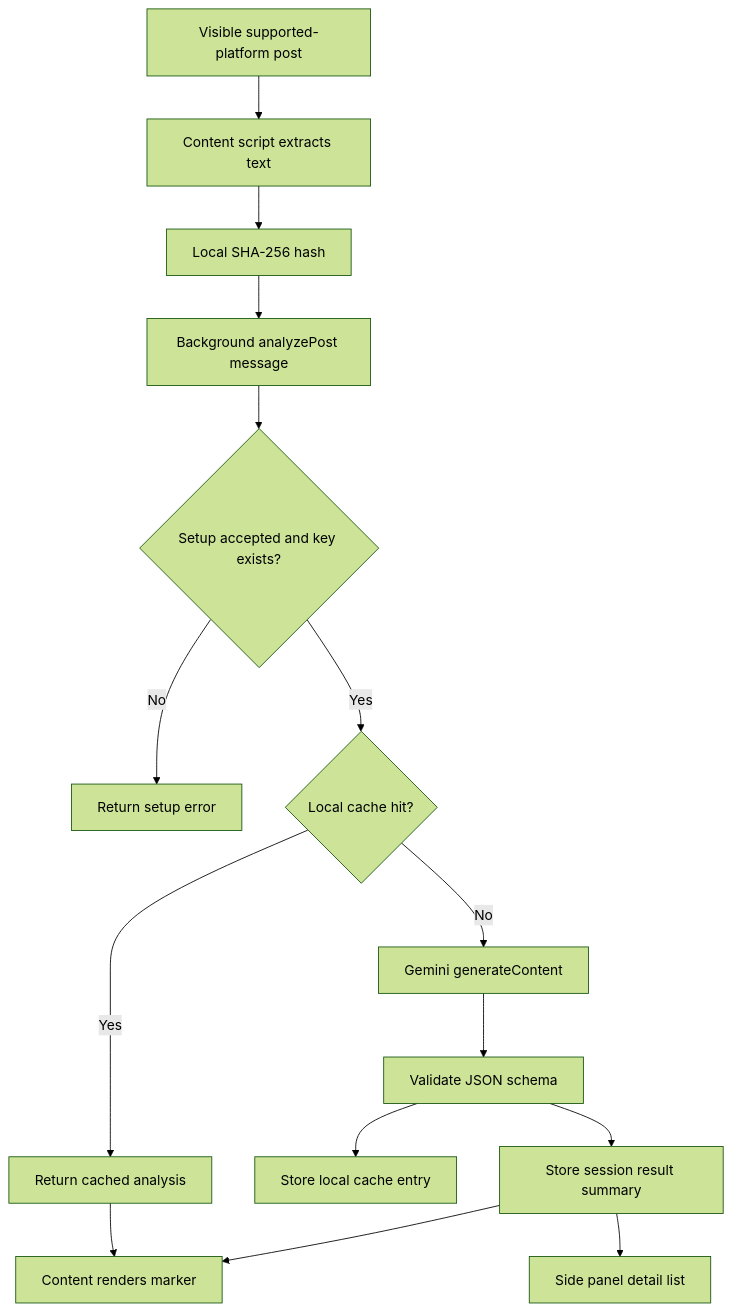
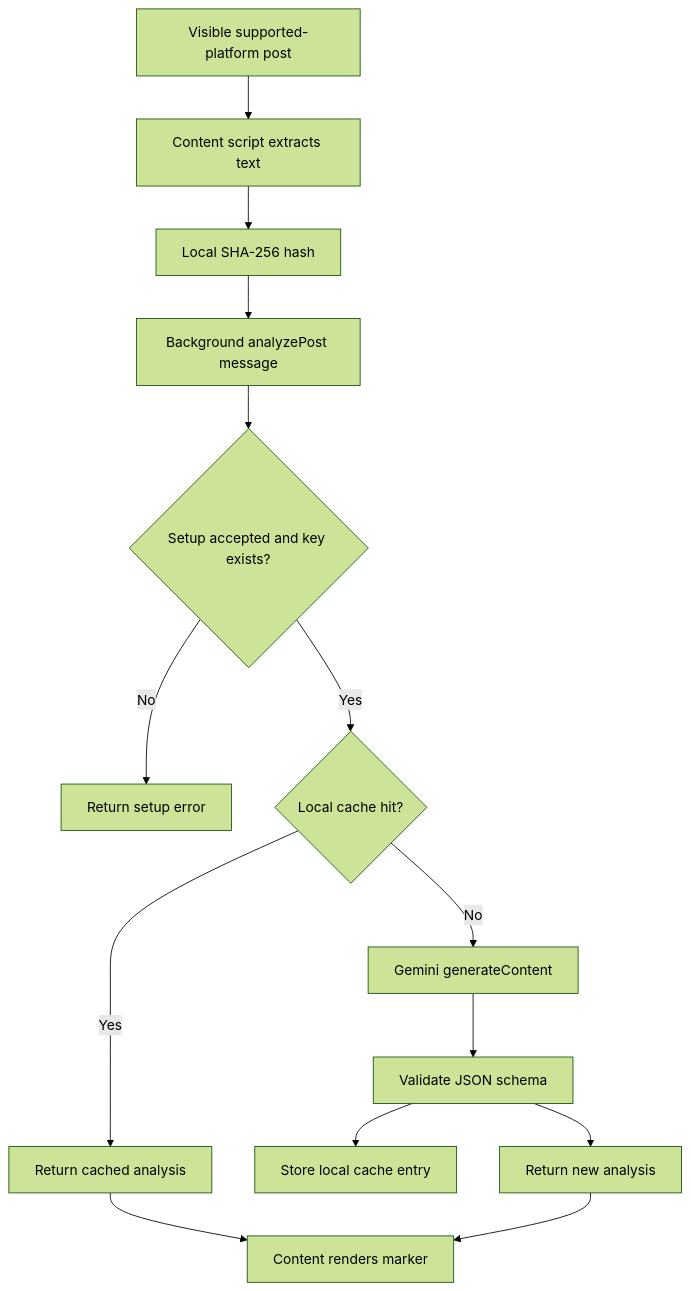
Before and after one commit to shivamk3r/feedlens: the diagram in docs/architecture.md, drawn with Mermaid (forest theme). The commit also changed other lines of this file and 24 other files, not shown here.

````diff
--- a/docs/architecture.md
+++ b/docs/architecture.md
@@ -34,17 +33,16 @@
 ```mermaid
 flowchart TD
   A["Visible supported-platform post"] --> B["Content script extracts text"]
   B --> C["Local SHA-256 hash"]
   C --> D["Background analyzePost message"]
   D --> E{"Setup accepted and key exists?"}
   E -- "No" --> F["Return setup error"]
   E -- "Yes" --> G{"Local cache hit?"}
   G -- "Yes" --> H["Return cached analysis"]
   G -- "No" --> I["Gemini generateContent"]
   I --> J["Validate JSON schema"]
   J --> K["Store local cache entry"]
-  J --> L["Store session result summary"]
+  J --> L["Return new analysis"]
   H --> M["Content renders marker"]
   L --> M
-  L --> N["Side panel detail list"]
 ```
````
